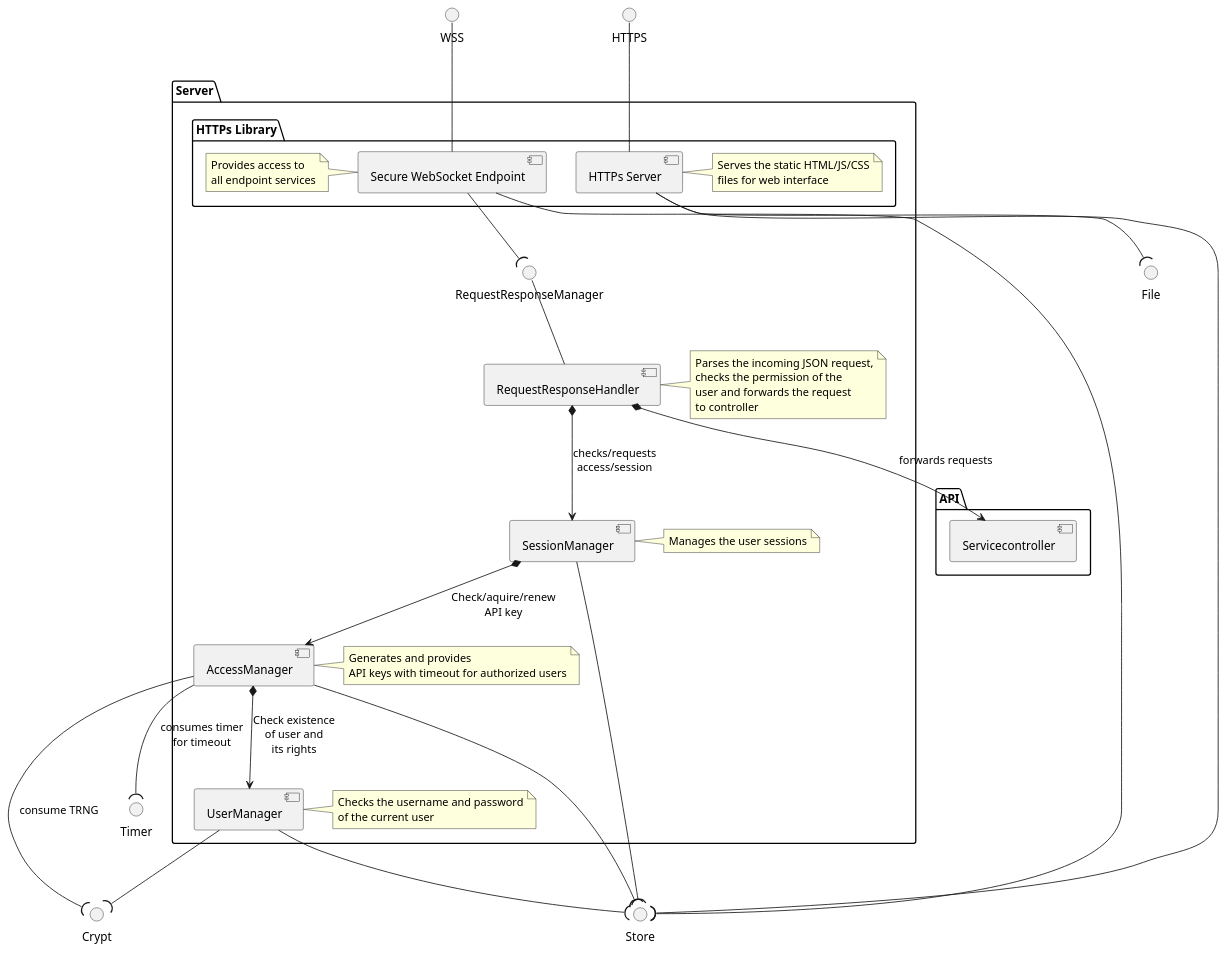
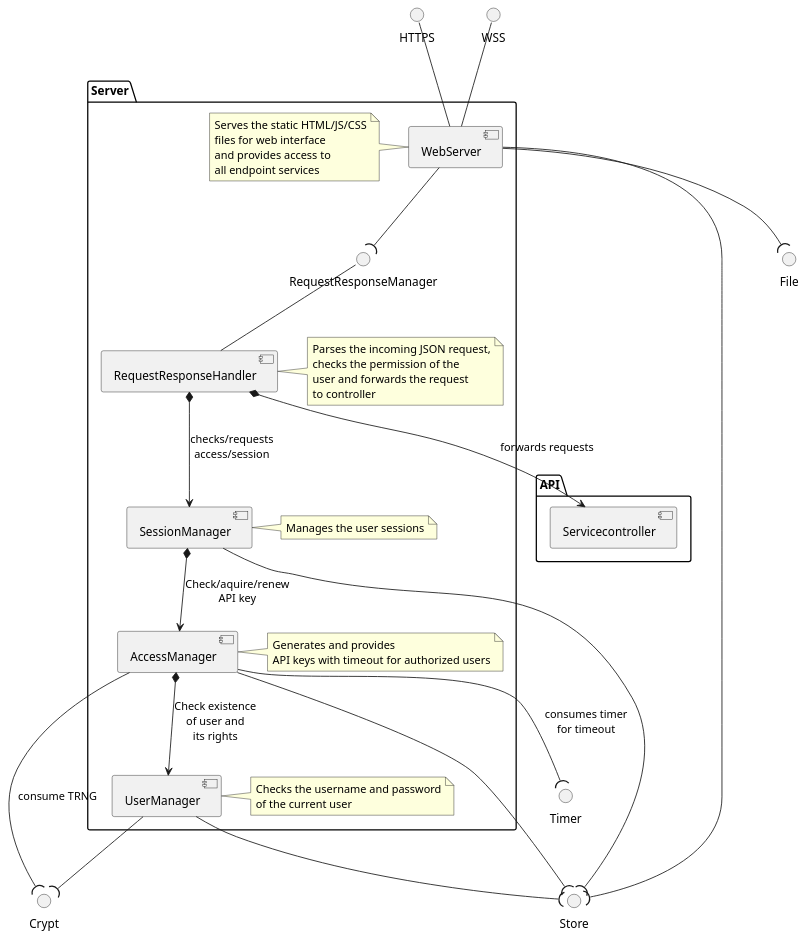
One commit to NewTec-GmbH/ZumoComSystem changed the diagram in doc/architecture/server/04_Server.plantuml. Above: the diagram before and after it, drawn with PlantUML. The commit also changed 7 other files, not shown here.

Commit message:
Update architecture diagrams

```diff
--- a/doc/architecture/server/04_Server.plantuml
+++ b/doc/architecture/server/04_Server.plantuml
@@ -1,56 +1,51 @@
 @startuml
 interface "WSS" as WSS
 interface "HTTPS" as HTTPS
 
 interface "File" as File
 interface "Crypt" as Crypt
 interface "Store" as Store
 interface "Timer" as Timer
 
 package "API" as api {
     component "Servicecontroller" as servicecontroller
 }
 
 package Server {
-    package "HTTPs Library" {
-        component "HTTPs Server" as https
-        component "Secure WebSocket Endpoint" as wss
+    component "WebServer" as webserver
 
-        note right of https : Serves the static HTML/JS/CSS\nfiles for web interface
-        note left of wss : Provides access to\nall endpoint services
+    note left of webserver : Serves the static HTML/JS/CSS\nfiles for web interface\nand provides access to\nall endpoint services
 
-        wss -up- WSS
-        https -up- HTTPS
+    webserver -up- WSS
+    webserver -up- HTTPS
 
-        https -down-(File
-        https -down-(Store
-    }
+    webserver -down-(File
+    webserver -down-(Store
 
     component "SessionManager" as sessionsmgmt
     component "AccessManager" as accessmgmt
     component "UserManager" as usermgmt
     component "RequestResponseHandler" as requesthandler
 
     note right of sessionsmgmt : Manages the user sessions
     note right of accessmgmt : Generates and provides\nAPI keys with timeout for authorized users
     note right of requesthandler : Parses the incoming JSON request,\nchecks the permission of the\nuser and forwards the request\nto controller
     note right of usermgmt : Checks the username and password\nof the current user
 
     interface "RequestResponseManager" as Request
     requesthandler -up- Request
 
     requesthandler *--> servicecontroller : forwards requests
     requesthandler *--> sessionsmgmt : checks/requests\naccess/session
     sessionsmgmt *--> accessmgmt : Check/aquire/renew\nAPI key
     accessmgmt *--> usermgmt : Check existence\nof user and\nits rights
 
-    wss -down-(Request
-    wss -down-(Store
+    webserver -down-(Request
     sessionsmgmt -down-(Store
     accessmgmt -down-(Store
     accessmgmt -down-(Crypt : consume TRNG
     accessmgmt -down-(Timer : consumes timer\nfor timeout
     usermgmt -down-(Store
     usermgmt -down-(Crypt
 }
 @enduml
```
